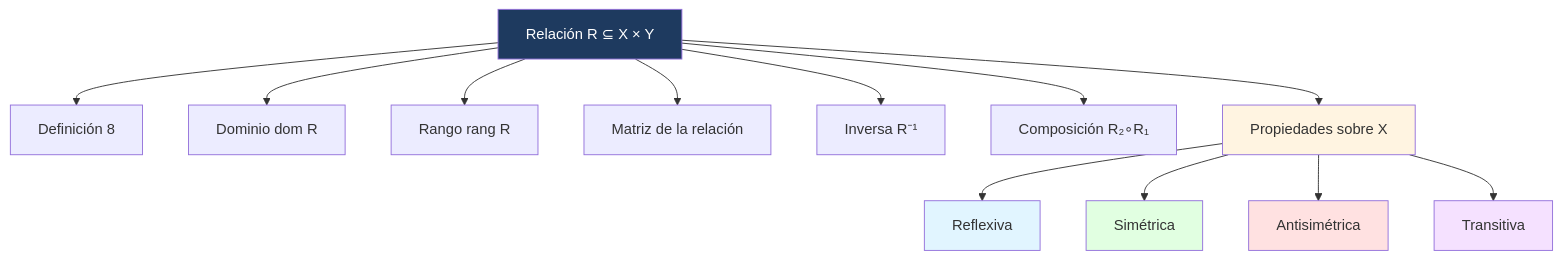
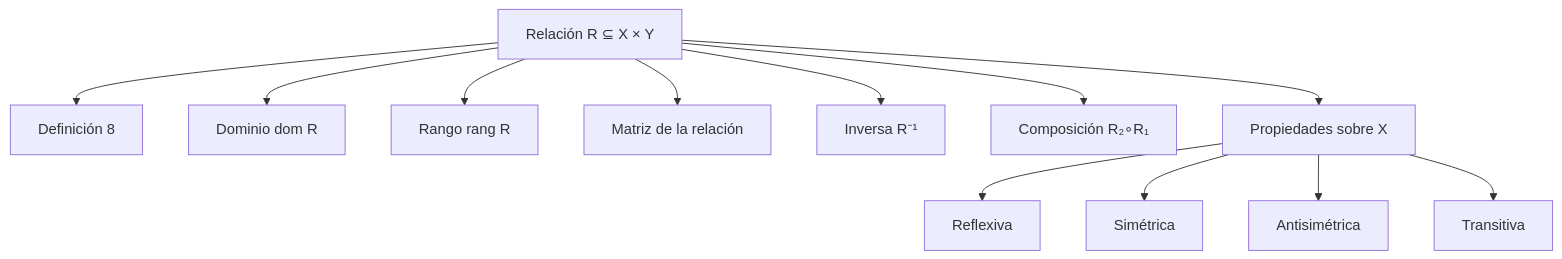
The diagram in Universidad/3er Semestre/Matemáticas Discretas/Unidad 2 - Funciones y Relaciones/02 - Relaciones.md (Fsteven22/Notas-de-Universidad-Freddy-Sanchez-), drawn with Mermaid before and after one commit. The commit also changed other lines of this file and 1424 other files, not shown here.

````diff
--- a/Universidad/3er Semestre/Matemáticas Discretas/Unidad 2 - Funciones y Relaciones/02 - Relaciones.md
+++ b/Universidad/3er Semestre/Matemáticas Discretas/Unidad 2 - Funciones y Relaciones/02 - Relaciones.md
@@ -316,21 +315,15 @@
 ```mermaid
 graph TD
     A[Relación R ⊆ X × Y] --> B[Definición 8]
     A --> C[Dominio dom R]
     A --> D[Rango rang R]
     A --> E[Matriz de la relación]
     A --> F[Inversa R⁻¹]
     A --> G[Composición R₂∘R₁]
     A --> H[Propiedades sobre X]
     H --> H1[Reflexiva]
     H --> H2[Simétrica]
     H --> H3[Antisimétrica]
     H --> H4[Transitiva]
 
-    style A fill:#1e3a5f,color:#fff
-    style H fill:#fff4e1
-    style H1 fill:#e1f5ff
-    style H2 fill:#e1ffe1
-    style H3 fill:#ffe1e1
-    style H4 fill:#f5e1ff
 ```
````
